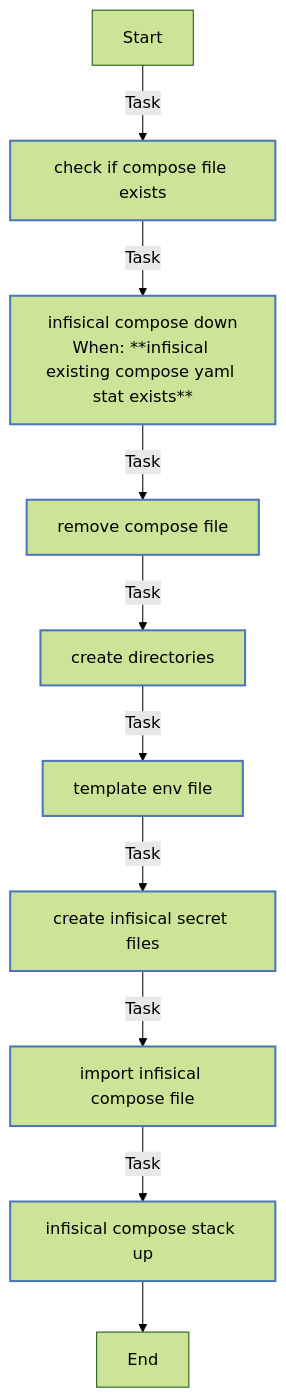
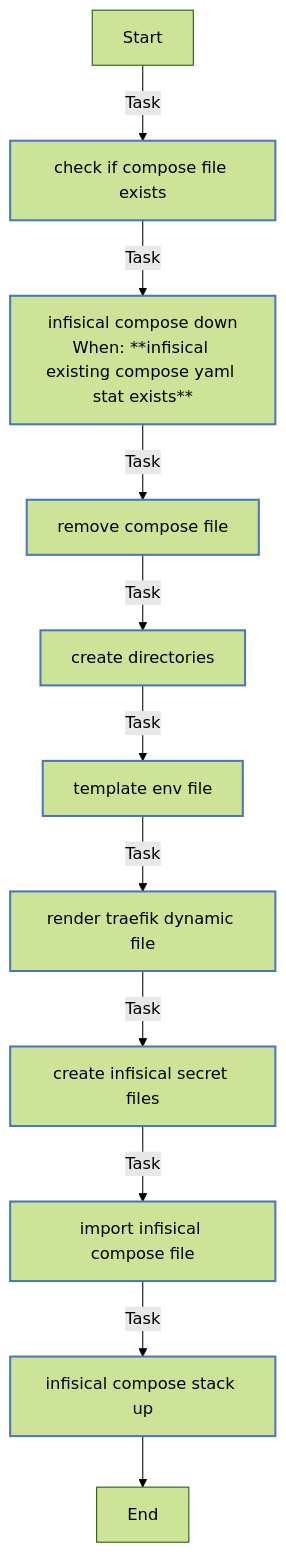
One commit to Lebowski89/homelab changed the diagram in ansible/roles/infisical/README.md. Above: the diagram before and after it, drawn with Mermaid (forest theme). The commit also changed other lines of this file, not shown here.

Commit message:
docs(ansible): regenerate Infisical role docs

````diff
--- a/ansible/roles/infisical/README.md
+++ b/ansible/roles/infisical/README.md
@@ -83,22 +86,23 @@
 ```mermaid
 flowchart TD
 Start
 classDef block stroke:#3498db,stroke-width:2px;
 classDef task stroke:#4b76bb,stroke-width:2px;
 classDef includeTasks stroke:#16a085,stroke-width:2px;
 classDef importTasks stroke:#34495e,stroke-width:2px;
 classDef includeRole stroke:#2980b9,stroke-width:2px;
 classDef importRole stroke:#699ba7,stroke-width:2px;
 classDef includeVars stroke:#8e44ad,stroke-width:2px;
 classDef rescue stroke:#665352,stroke-width:2px;
 
   Start-->|Task| Check_if_compose_file_exists0[check if compose file exists]:::task
   Check_if_compose_file_exists0-->|Task| Infisical_compose_down1[infisical compose down<br>When: **infisical existing compose yaml stat exists**]:::task
   Infisical_compose_down1-->|Task| Remove_compose_file2[remove compose file]:::task
   Remove_compose_file2-->|Task| Create_directories3[create directories]:::task
   Create_directories3-->|Task| Template_env_file4[template env file]:::task
-  Template_env_file4-->|Task| Create_Infisical_secret_files5[create infisical secret files]:::task
-  Create_Infisical_secret_files5-->|Task| Import_Infisical_compose_file6[import infisical compose file]:::task
-  Import_Infisical_compose_file6-->|Task| Infisical_compose_stack_up7[infisical compose stack up]:::task
-  Infisical_compose_stack_up7-->End
+  Template_env_file4-->|Task| Render_Traefik_dynamic_file5[render traefik dynamic file]:::task
+  Render_Traefik_dynamic_file5-->|Task| Create_Infisical_secret_files6[create infisical secret files]:::task
+  Create_Infisical_secret_files6-->|Task| Import_Infisical_compose_file7[import infisical compose file]:::task
+  Import_Infisical_compose_file7-->|Task| Infisical_compose_stack_up8[infisical compose stack up]:::task
+  Infisical_compose_stack_up8-->End
 ```
````
